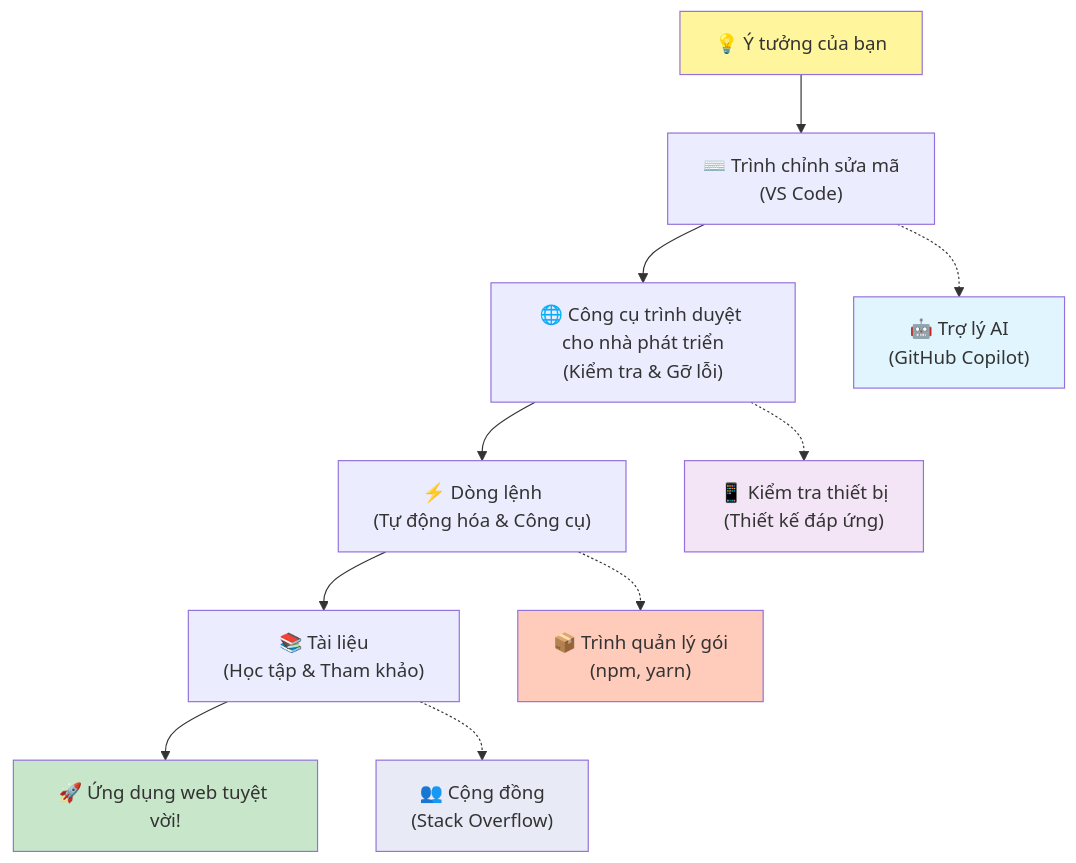
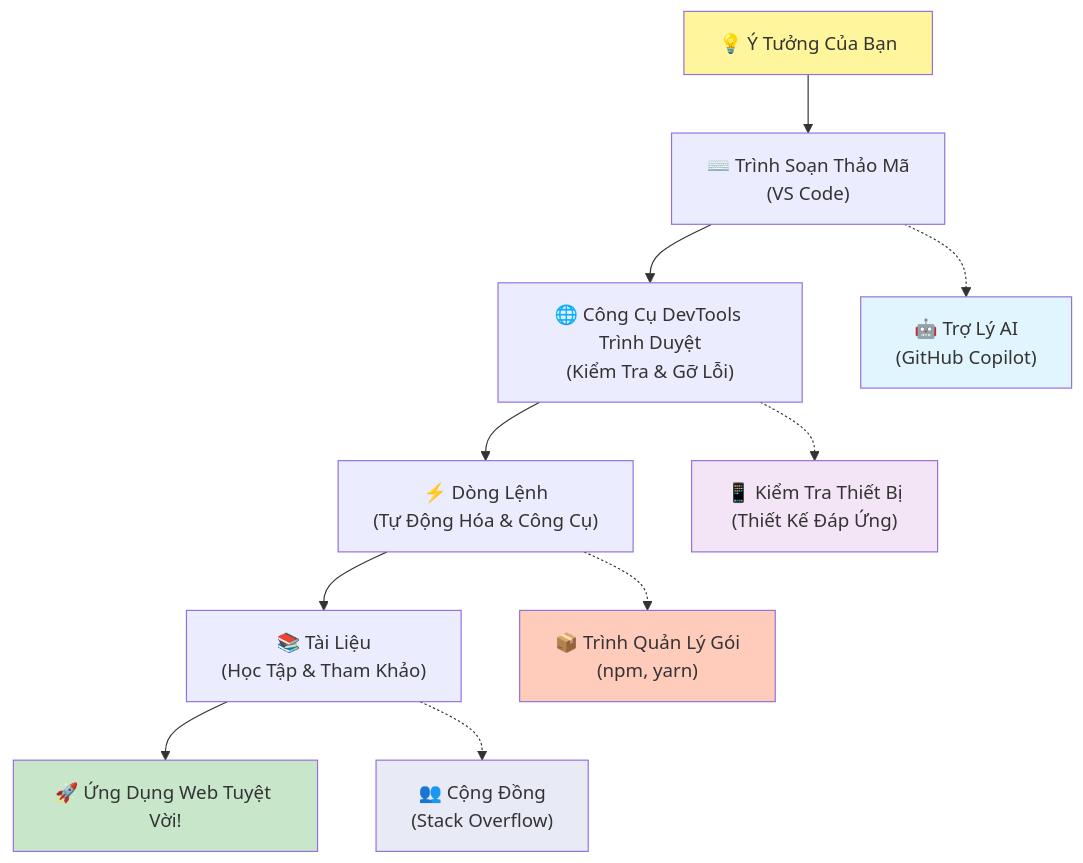
One commit to microsoft/Web-Dev-For-Beginners changed the fifth of 7 diagrams in translations/vi/1-getting-started-lessons/1-intro-to-programming-languages/README.md. Above: the diagram before and after it, drawn with Mermaid. The commit also changed other lines of this file and 8 other files, not shown here.

````diff
--- a/translations/vi/1-getting-started-lessons/1-intro-to-programming-languages/README.md
+++ b/translations/vi/1-getting-started-lessons/1-intro-to-programming-languages/README.md
@@ -487,20 +488,20 @@
 ```mermaid
 graph TD
-    A["💡 Ý tưởng của bạn"] --> B["⌨️ Trình chỉnh sửa mã<br/>(VS Code)"] 
-    B --> C["🌐 Công cụ trình duyệt cho nhà phát triển<br/>(Kiểm tra & Gỡ lỗi)"]
-    C --> D["⚡ Dòng lệnh<br/>(Tự động hóa & Công cụ)"]
-    D --> E["📚 Tài liệu<br/>(Học tập & Tham khảo)"]
-    E --> F["🚀 Ứng dụng web tuyệt vời!"]
+    A["💡 Ý Tưởng Của Bạn"] --> B["⌨️ Trình Soạn Thảo Mã<br/>(VS Code)"] 
+    B --> C["🌐 Công Cụ DevTools Trình Duyệt<br/>(Kiểm Tra & Gỡ Lỗi)"]
+    C --> D["⚡ Dòng Lệnh<br/>(Tự Động Hóa & Công Cụ)"]
+    D --> E["📚 Tài Liệu<br/>(Học Tập & Tham Khảo)"]
+    E --> F["🚀 Ứng Dụng Web Tuyệt Vời!"]
     
-    B -.-> G["🤖 Trợ lý AI<br/>(GitHub Copilot)"]
-    C -.-> H["📱 Kiểm tra thiết bị<br/>(Thiết kế đáp ứng)"]
-    D -.-> I["📦 Trình quản lý gói<br/>(npm, yarn)"]
-    E -.-> J["👥 Cộng đồng<br/>(Stack Overflow)"]
+    B -.-> G["🤖 Trợ Lý AI<br/>(GitHub Copilot)"]
+    C -.-> H["📱 Kiểm Tra Thiết Bị<br/>(Thiết Kế Đáp Ứng)"]
+    D -.-> I["📦 Trình Quản Lý Gói<br/>(npm, yarn)"]
+    E -.-> J["👥 Cộng Đồng<br/>(Stack Overflow)"]
     
     style A fill:#fff59d
     style F fill:#c8e6c9
     style G fill:#e1f5fe
     style H fill:#f3e5f5
     style I fill:#ffccbc
     style J fill:#e8eaf6
-```  
+```
````
